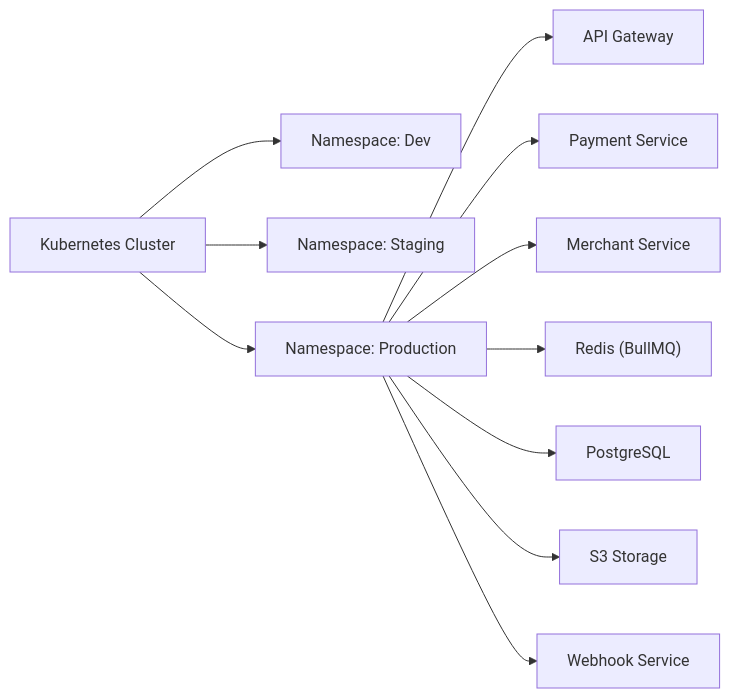
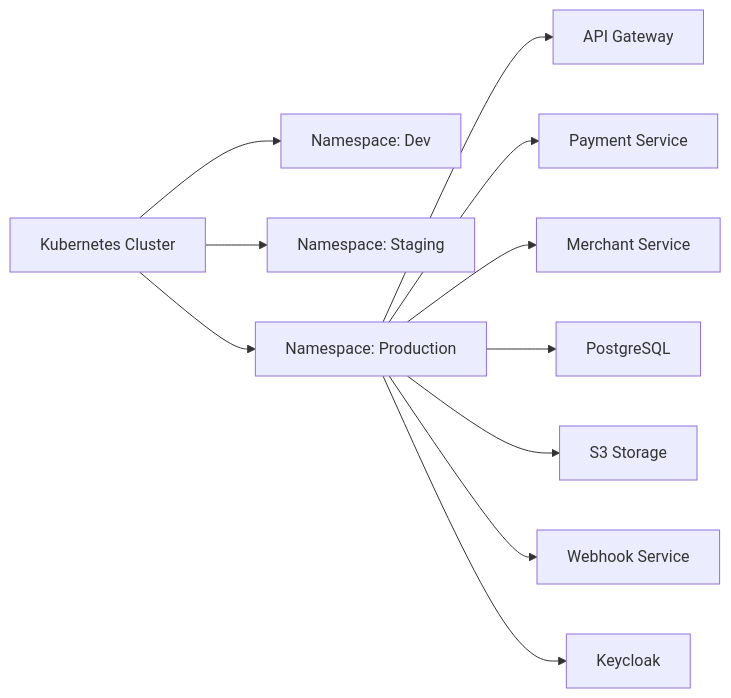
One commit to ADORSYS-GIS/iwym-backend changed the third of 3 diagrams in docs/ARC42.md. Above: the diagram before and after it, drawn with Mermaid. The commit also changed other lines of this file and 2 other files, not shown here.

````diff
--- a/docs/ARC42.md
+++ b/docs/ARC42.md
@@ -162,14 +220,14 @@
 ```mermaid
 graph LR
-    A["Kubernetes Cluster"]
-    A --> B["Namespace: Dev"]
-    A --> C["Namespace: Staging"]
-    A --> D["Namespace: Production"]
-    D --> E["API Gateway"]
-    D --> F["Payment Service"]
-    D --> G["Merchant Service"]
-    D --> H["Redis (BullMQ)"]
-    D --> I[PostgreSQL]
-    D --> J[S3 Storage]
-    D --> K[Webhook Service]
+    A[Kubernetes Cluster]
+    A --> B[Namespace: Dev]
+    A --> C[Namespace: Staging]
+    A --> D[Namespace: Production]
+    D --> E[API Gateway]
+    D --> F[Payment Service]
+    D --> G[Merchant Service]
+    D --> H[PostgreSQL]
+    D --> I[S3 Storage]
+    D --> J[Webhook Service]
+    D --> K[Keycloak]
 ```
````
